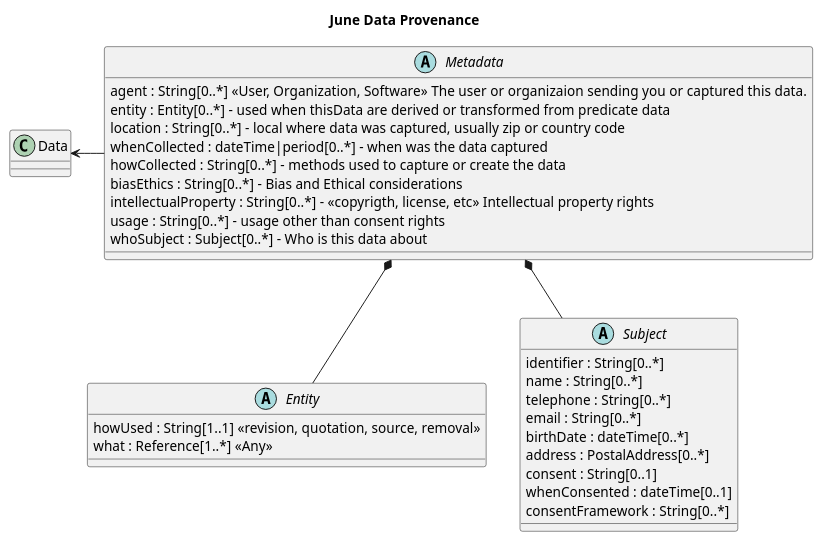
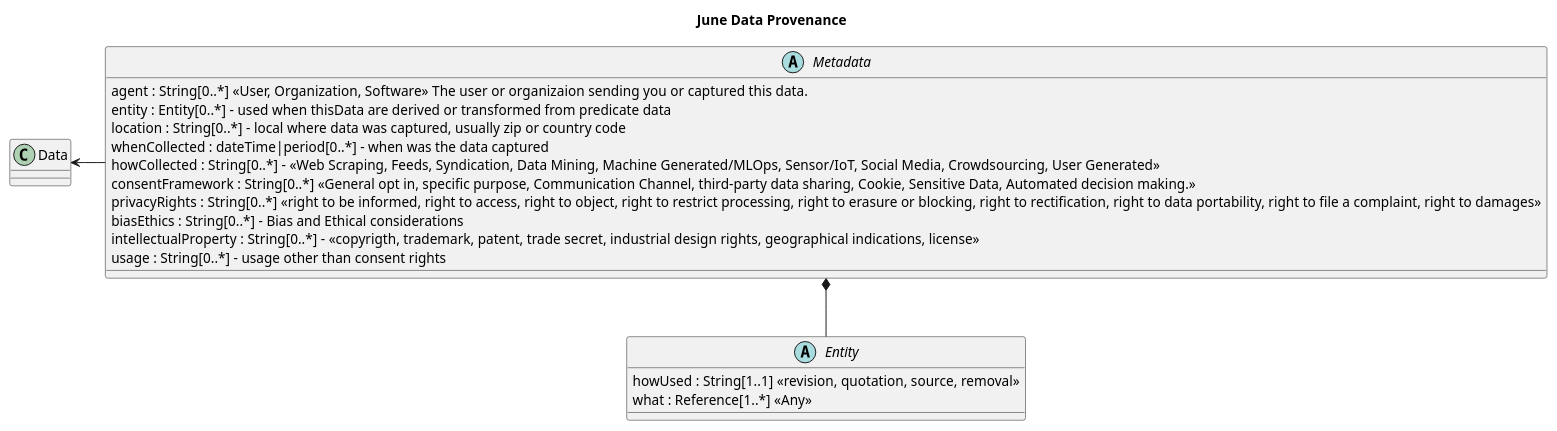
One commit to JohnMoehrke/Metadata changed the diagram in metadata-june.plantuml. Above: the diagram before and after it, drawn with PlantUML. The commit also changed 4 other files, not shown here.

```diff
--- a/metadata-june.plantuml
+++ b/metadata-june.plantuml
@@ -1,36 +1,24 @@
 @startuml 
 title June Data Provenance
 
 abstract class Metadata {
   agent : String[0..*] <<User, Organization, Software>> The user or organizaion sending you or captured this data.
   entity : Entity[0..*] - used when thisData are derived or transformed from predicate data
   location : String[0..*] - local where data was captured, usually zip or country code
   whenCollected : dateTime|period[0..*] - when was the data captured
-  howCollected : String[0..*] - methods used to capture or create the data
+  howCollected : String[0..*] - <<Web Scraping, Feeds, Syndication, Data Mining, Machine Generated/MLOps, Sensor/IoT, Social Media, Crowdsourcing, User Generated>>
+  consentFramework : String[0..*] <<General opt in, specific purpose, Communication Channel, third-party data sharing, Cookie, Sensitive Data, Automated decision making.>>
+  privacyRights : String[0..*] <<right to be informed, right to access, right to object, right to restrict processing, right to erasure or blocking, right to rectification, right to data portability, right to file a complaint, right to damages>>
   biasEthics : String[0..*] - Bias and Ethical considerations
-  intellectualProperty : String[0..*] - <<copyrigth, license, etc>> Intellectual property rights
+  intellectualProperty : String[0..*] - <<copyrigth, trademark, patent, trade secret, industrial design rights, geographical indications, license>>
   usage : String[0..*] - usage other than consent rights
-  whoSubject : Subject[0..*] - Who is this data about
 }
 Metadata *-down- Entity 
-Metadata *-down- Subject 
 Metadata -left-> Data
-
-abstract class Subject {
-    identifier : String[0..*]
-    name : String[0..*]
-    telephone : String[0..*]
-    email : String[0..*]
-    birthDate : dateTime[0..*]
-    address : PostalAddress[0..*]
-    consent : String[0..1] 
-    whenConsented : dateTime[0..1]
-    consentFramework : String[0..*]
-}
 
 abstract class Entity {
     howUsed : String[1..1] <<revision, quotation, source, removal>>
     what : Reference[1..*] <<Any>>
 }
 
 @enduml
```
